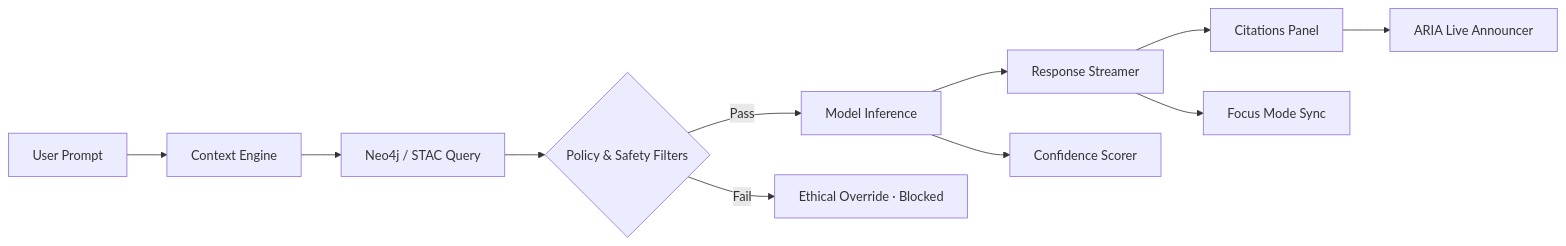
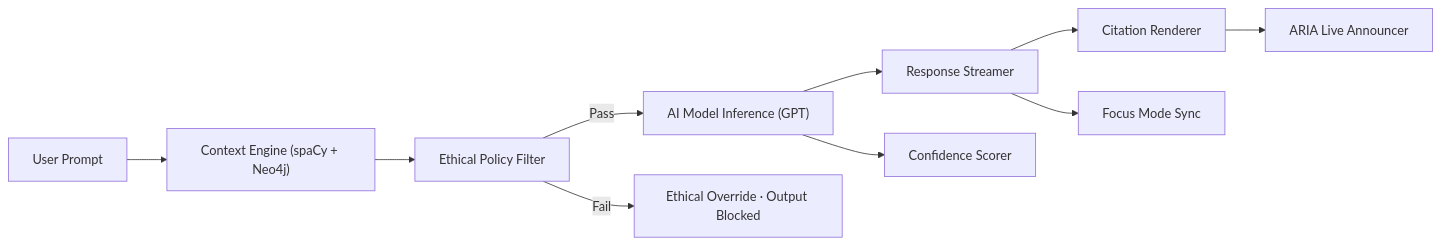
One commit to bartytime4life/Kansas-Frontier-Matrix changed the diagram in docs/design/reviews/ui_components/ai_assistant.md. Above: the diagram before and after it, drawn with Mermaid. The commit also changed other lines of this file, not shown here.

````diff
--- a/docs/design/reviews/ui_components/ai_assistant.md
+++ b/docs/design/reviews/ui_components/ai_assistant.md
@@ -141,13 +154,12 @@
 ```mermaid
 flowchart LR
-  U["User Prompt"] --> CE["Context Engine"]
-  CE --> GQ["Neo4j / STAC Query"]
-  GQ --> P{"Policy & Safety Filters"}
-  P -->|Pass| M["Model Inference"]
-  P -->|Fail| B["Ethical Override · Blocked"]
+  U["User Prompt"] --> CE["Context Engine (spaCy + Neo4j)"]
+  CE --> POL["Ethical Policy Filter"]
+  POL -->|Pass| M["AI Model Inference (GPT)"]
+  POL -->|Fail| F["Ethical Override · Output Blocked"]
   M --> R["Response Streamer"]
   M --> CF["Confidence Scorer"]
-  R --> C["Citations Panel"]
-  R --> F["Focus Mode Sync"]
+  R --> C["Citation Renderer"]
+  R --> FOCUS["Focus Mode Sync"]
   C --> A11Y["ARIA Live Announcer"]
 ```
````
